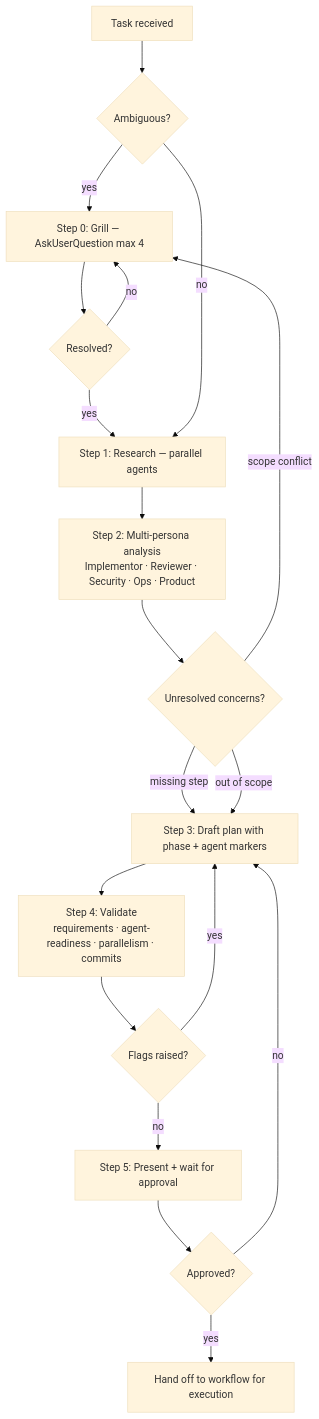
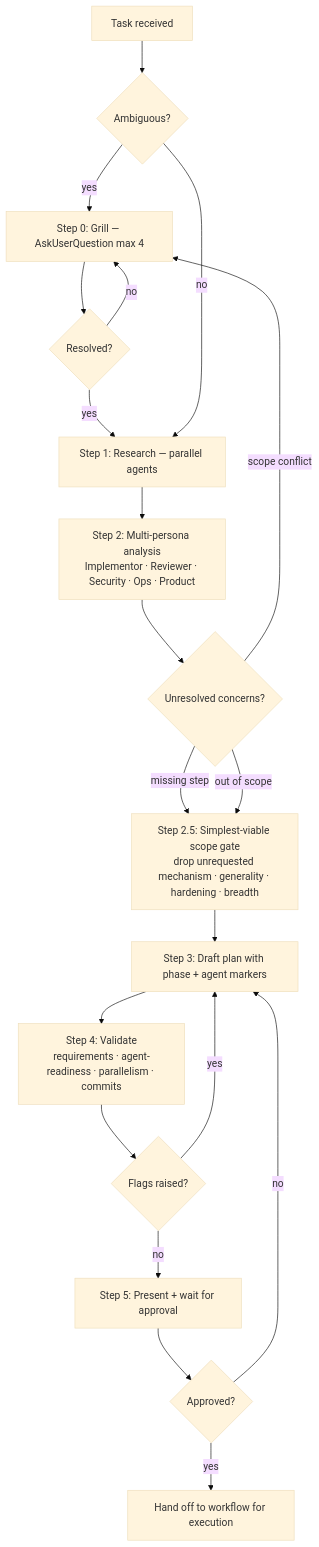
One commit to whizzzkid/skills changed the diagram in skills/plan/README.md. Above: the diagram before and after it, drawn with Mermaid (base theme). The commit also changed other lines of this file and 1 other file, not shown here.

Commit message:
feat(plan): 🛡️ add simplest-viable scope gate (Step 2.5)
Distilled from 2-week session analysis: the most frequent mid-task
correction is overcomplication / unrequested approaches ("did I ask you
to implement that? why are you overcomplicating this?"). Step 2.5 forces
the plan to list and justify every unrequested mechanism, generality,
hardening, or breadth, and bounds research/impl to the project root
(no `find /`). README diagram + version synced.

Generated with [wk-skills](https://github.com/whizzzkid/skills) and multiple models.

````diff
--- a/skills/plan/README.md
+++ b/skills/plan/README.md
@@ -16,21 +16,22 @@
 ```mermaid
 flowchart TD
     A[Task received] --> B{Ambiguous?}
     B -- yes --> C[Step 0: Grill — AskUserQuestion max 4]
     C --> D{Resolved?}
     D -- no --> C
     D -- yes --> E
     B -- no --> E[Step 1: Research — parallel agents]
     E --> F[Step 2: Multi-persona analysis<br/>Implementor · Reviewer · Security · Ops · Product]
     F --> G{Unresolved concerns?}
     G -- scope conflict --> C
-    G -- missing step --> H
-    G -- out of scope --> H
+    G -- missing step --> S
+    G -- out of scope --> S
+    S[Step 2.5: Simplest-viable scope gate<br/>drop unrequested mechanism · generality · hardening · breadth] --> H
     H[Step 3: Draft plan with phase + agent markers] --> I[Step 4: Validate<br/>requirements · agent-readiness · parallelism · commits]
     I --> J{Flags raised?}
     J -- yes --> H
     J -- no --> K[Step 5: Present + wait for approval]
     K --> L{Approved?}
     L -- no --> H
     L -- yes --> M[Hand off to workflow for execution]
 ```
````
